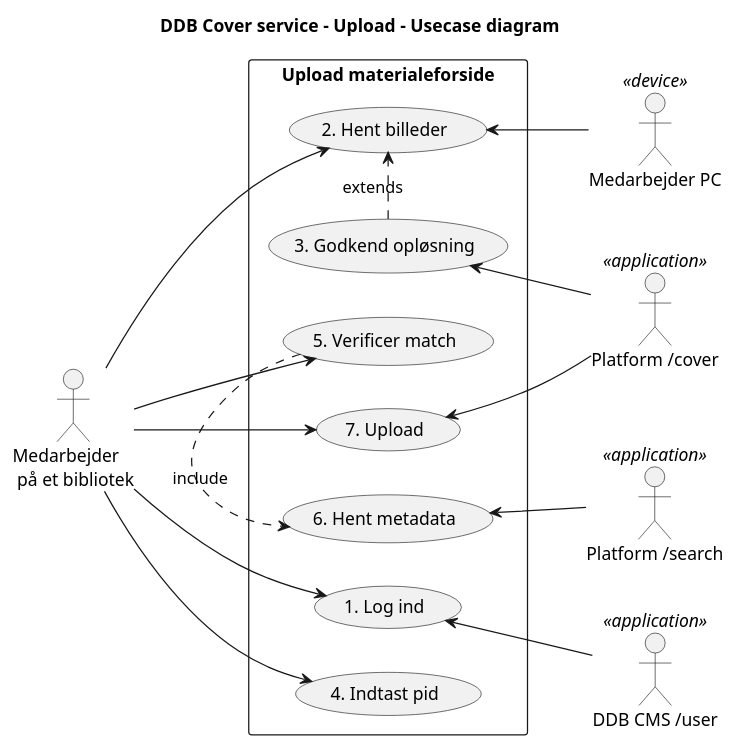
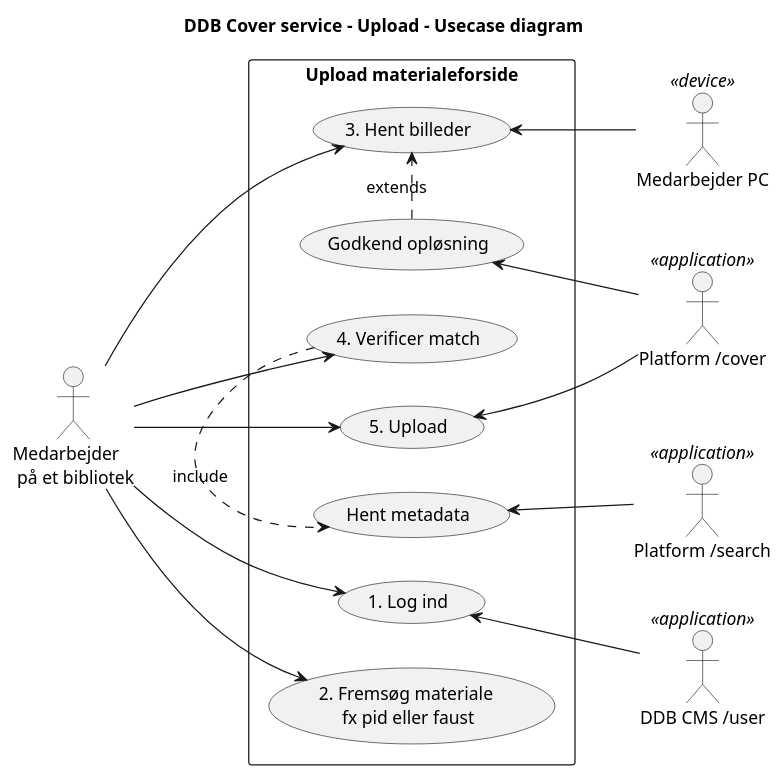
The diagram in docs/services/cover/material_cover-upload_usecase_diagram.puml (danskernesdigitalebibliotek/plantuml), drawn with PlantUML before and after one commit.

```diff
--- a/docs/services/cover/material_cover-upload_usecase_diagram.puml
+++ b/docs/services/cover/material_cover-upload_usecase_diagram.puml
@@ -1,34 +1,34 @@
 @startuml
 
 title "DDB Cover service - Upload - Usecase diagram"
 
 left to right direction
 skinparam packageStyle rectangle
 
 actor "Medarbejder \n på et bibliotek" as medarbejder
 actor "Platform /cover" <<application>> as cover
 actor "Platform /search" <<application>> as search
 actor "Medarbejder PC" <<device>> as computer
 actor "DDB CMS /user" <<application>> as login
 
 rectangle "Upload materialeforside" {
 
 
     :medarbejder: --> (1. Log ind)
     (1. Log ind) <-- :login:
    
-    :medarbejder: --> (2. Hent billeder)
-    (3. Godkend opløsning) <-- :cover:
-    (2. Hent billeder) <-- :computer:
-    (3. Godkend opløsning) .> (2. Hent billeder) : extends
-    :medarbejder: --> (4. Indtast pid)
+    :medarbejder: --> (3. Hent billeder)
+    (Godkend opløsning) <-- :cover:
+    (3. Hent billeder) <-- :computer:
+    (Godkend opløsning) .> (3. Hent billeder) : extends
+    :medarbejder: --> (2. Fremsøg materiale \n fx pid eller faust )
     
-    :medarbejder: --> (5. Verificer match)
-    (5. Verificer match) .> (6. Hent metadata) : include
-    (6. Hent metadata) <-- :search:
+    :medarbejder: --> (4. Verificer match)
+    (4. Verificer match) .> (Hent metadata) : include
+    (Hent metadata) <-- :search:
 
-    :medarbejder: --> (7. Upload)
-    (7. Upload) <-- :cover:
+    :medarbejder: --> (5. Upload)
+    (5. Upload) <-- :cover:
 }
 
 @enduml
```
